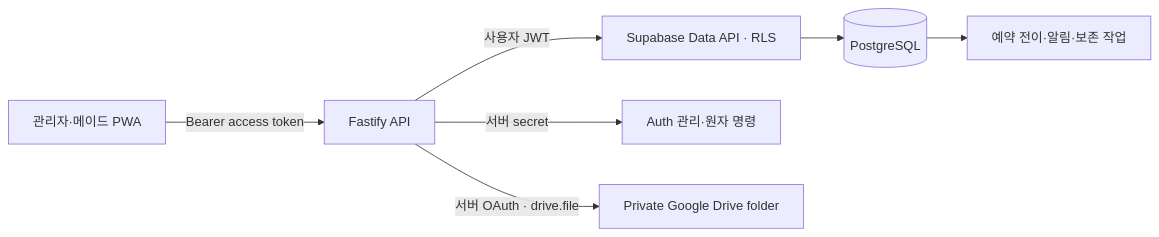
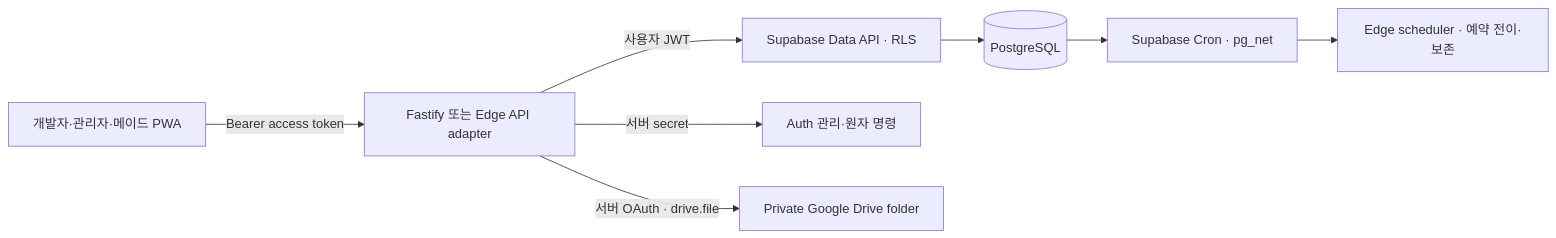
Before and after one commit to wrongstory/room-management-system-backend: the first of 2 diagrams in docs/ARCHITECTURE.md, drawn with Mermaid. The commit also changed other lines of this file and 61 other files, not shown here.

````diff
--- a/docs/ARCHITECTURE.md
+++ b/docs/ARCHITECTURE.md
@@ -18,9 +19,10 @@
 ```mermaid
 flowchart LR
-  UI[관리자·메이드 PWA] -->|Bearer access token| API[Fastify API]
+  UI[개발자·관리자·메이드 PWA] -->|Bearer access token| API[Fastify 또는 Edge API adapter]
   API -->|사용자 JWT| DATA[Supabase Data API · RLS]
   API -->|서버 secret| ADMIN[Auth 관리·원자 명령]
   DATA --> DB[(PostgreSQL)]
   API -->|서버 OAuth · drive.file| DRIVE[Private Google Drive folder]
-  DB --> JOBS[예약 전이·알림·보존 작업]
+  DB --> CRON[Supabase Cron · pg_net]
+  CRON --> JOBS[Edge scheduler · 예약 전이·보존]
 ```
````
